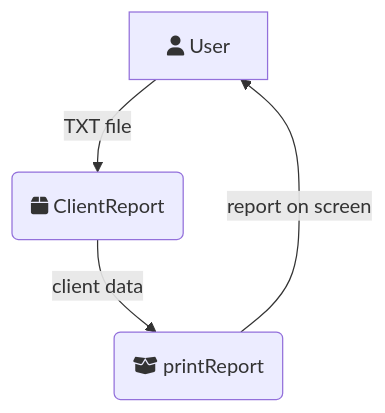
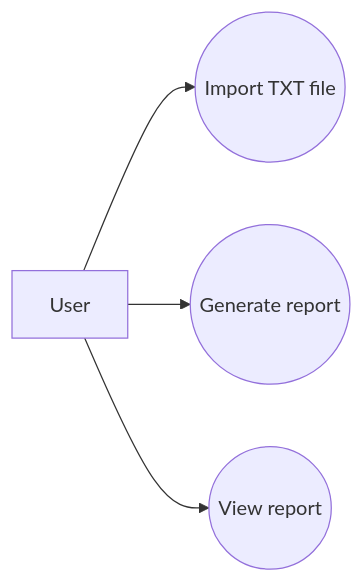
The diagram in ClientReport/client-report-use-case.uml.mermaid (RenatoGarciaLopes/JavaIradoNoTxt), drawn with Mermaid before and after one commit. The commit also changed 1 other file, not shown here.

Commit message:
refactor: update UML diagrams for ClientReport class and use case to improve clarity and structure

```diff
--- a/ClientReport/client-report-use-case.uml.mermaid
+++ b/ClientReport/client-report-use-case.uml.mermaid
@@ -1,8 +1,10 @@
-flowchart TD
-    A[fa:fa-user User]
-    B(fa:fa-box ClientReport)
-    C(fa:fa-box-open printReport)
+flowchart LR
+    A[User]
 
-    A -->| TXT file | B
-    B -->| client data | C
-    C -->| report on screen | A
+    B((Import TXT file))
+    C((Generate report))
+    D((View report))
+
+    A --> B
+    A --> C
+    A --> D
```
